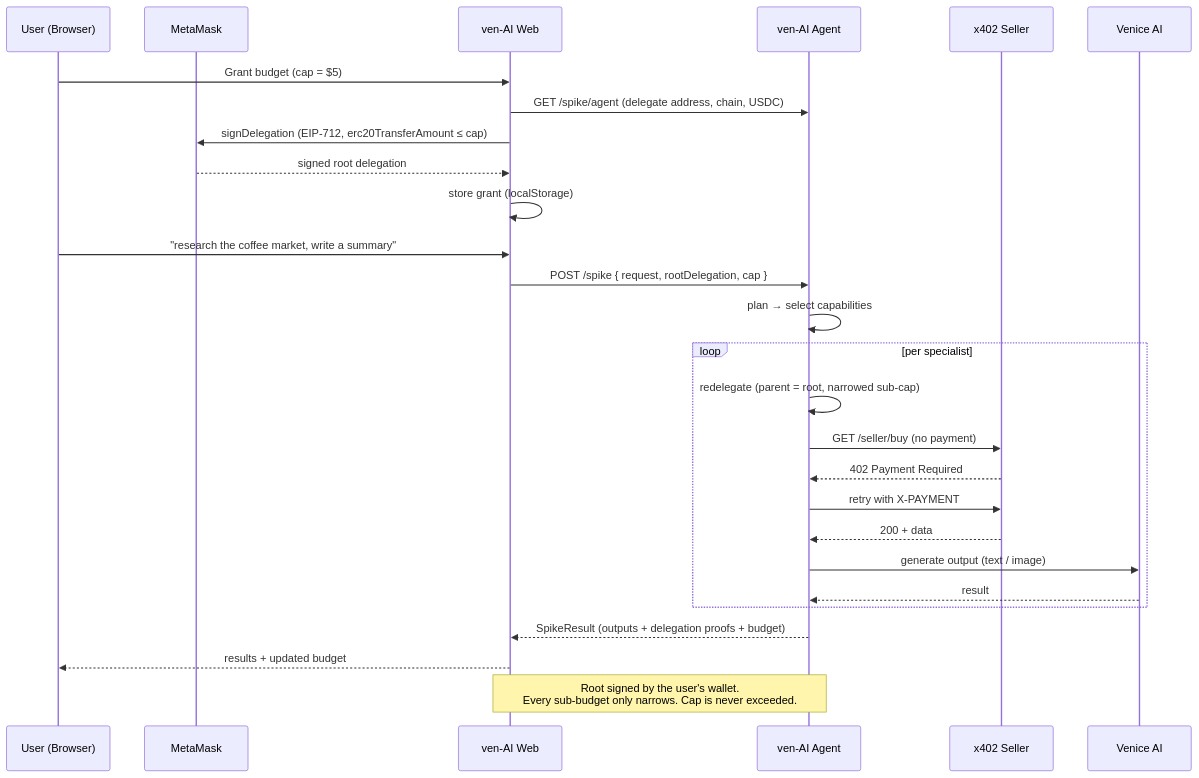
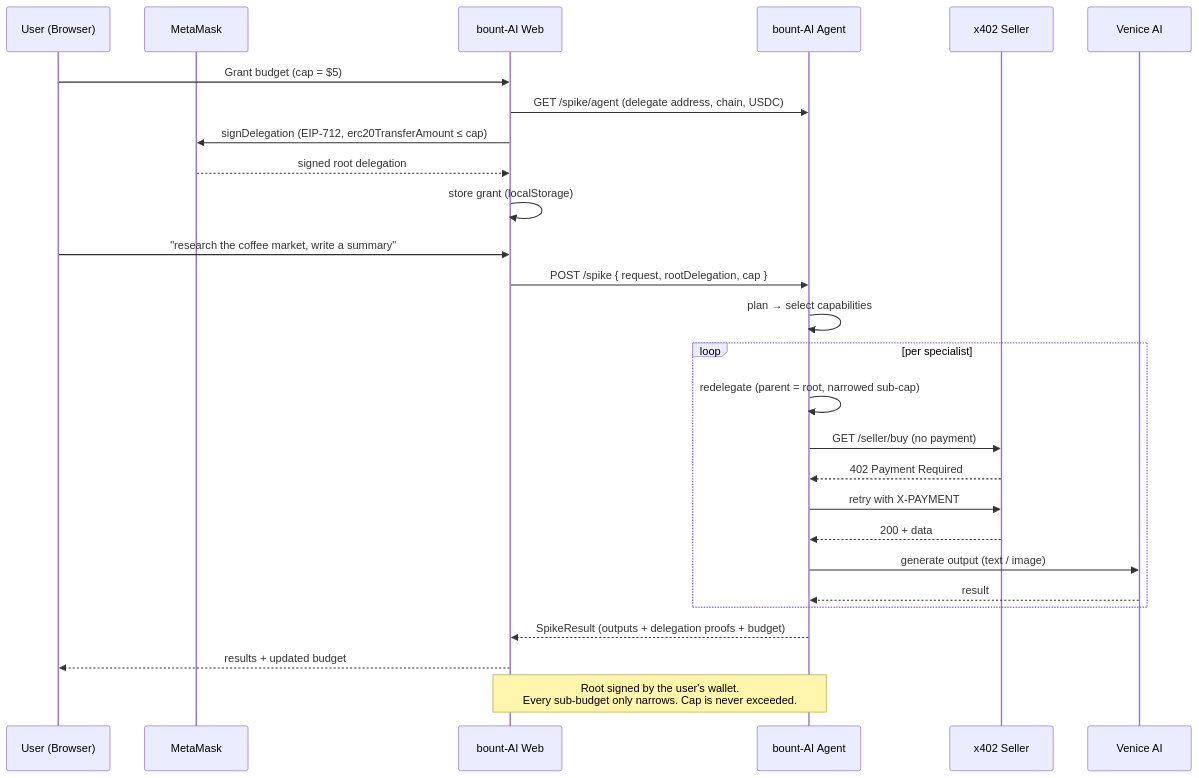
One commit to maulana-tech/bount-ai changed the second of 3 diagrams in README.md. Above: the diagram before and after it, drawn with Mermaid. The commit also changed other lines of this file and 21 other files, not shown here.

Commit message:
chore: rename app from ven-ai to bount-ai

````diff
--- a/README.md
+++ b/README.md
@@ -142,34 +142,34 @@
 ```mermaid
 sequenceDiagram
     participant User as User (Browser)
     participant Wallet as MetaMask
-    participant Web as ven-AI Web
-    participant Agent as ven-AI Agent
+    participant Web as bount-AI Web
+    participant Agent as bount-AI Agent
     participant Seller as x402 Seller
     participant Venice as Venice AI
 
     User->>Web: Grant budget (cap = $5)
     Web->>Agent: GET /spike/agent (delegate address, chain, USDC)
     Web->>Wallet: signDelegation (EIP-712, erc20TransferAmount ≤ cap)
     Wallet-->>Web: signed root delegation
     Web->>Web: store grant (localStorage)
 
     User->>Web: "research the coffee market, write a summary"
     Web->>Agent: POST /spike { request, rootDelegation, cap }
     Agent->>Agent: plan → select capabilities
 
     loop per specialist
         Agent->>Agent: redelegate (parent = root, narrowed sub-cap)
         Agent->>Seller: GET /seller/buy (no payment)
         Seller-->>Agent: 402 Payment Required
         Agent->>Seller: retry with X-PAYMENT
         Seller-->>Agent: 200 + data
         Agent->>Venice: generate output (text / image)
         Venice-->>Agent: result
     end
 
     Agent-->>Web: SpikeResult (outputs + delegation proofs + budget)
     Web-->>User: results + updated budget
 
     Note over Web,Agent: Root signed by the user's wallet.<br/>Every sub-budget only narrows. Cap is never exceeded.
 ```
````
